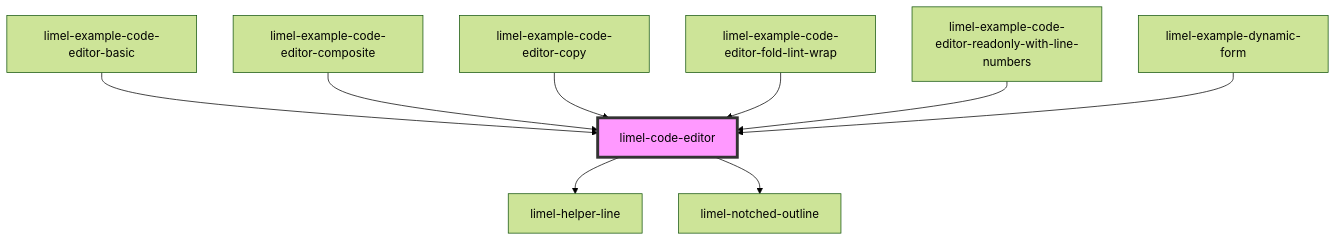
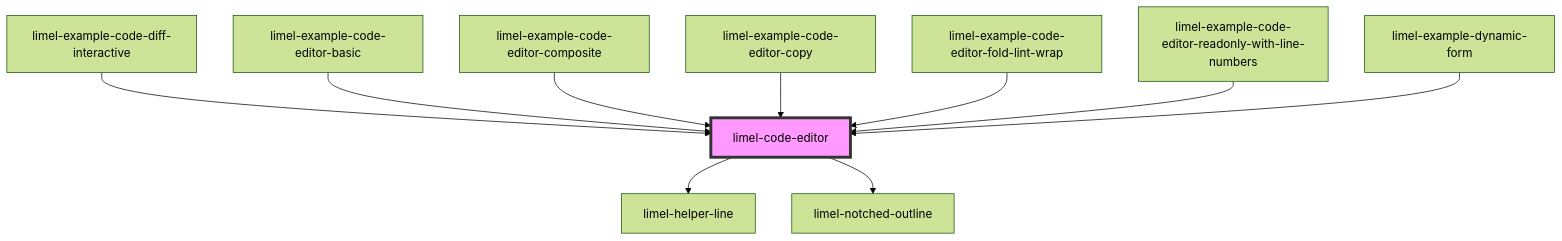
Before and after one commit to Lundalogik/lime-elements: the diagram in versions/PR-4147/markdown-docs/components/code-editor/readme.md, drawn with Mermaid (forest theme). The commit also changed other lines of this file and 417 other files, not shown here.

````diff
--- a/versions/PR-4147/markdown-docs/components/code-editor/readme.md
+++ b/versions/PR-4147/markdown-docs/components/code-editor/readme.md
@@ -50,12 +51,13 @@
 ```mermaid
 graph TD;
   limel-code-editor --> limel-helper-line
   limel-code-editor --> limel-notched-outline
+  limel-example-code-diff-interactive --> limel-code-editor
   limel-example-code-editor-basic --> limel-code-editor
   limel-example-code-editor-composite --> limel-code-editor
   limel-example-code-editor-copy --> limel-code-editor
   limel-example-code-editor-fold-lint-wrap --> limel-code-editor
   limel-example-code-editor-readonly-with-line-numbers --> limel-code-editor
   limel-example-dynamic-form --> limel-code-editor
   style limel-code-editor fill:#f9f,stroke:#333,stroke-width:4px
 ```
````
